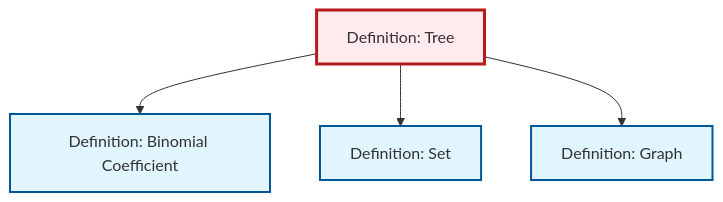
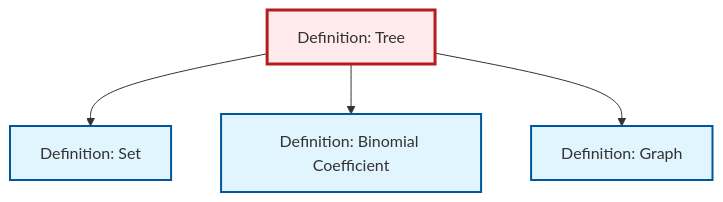
One commit to RK0429/ModernMath changed the diagram in content/en/combinatorics/def-tree.qmd. Above: the diagram before and after it, drawn with Mermaid. The commit also changed other lines of this file and 597 other files, not shown here.

````diff
--- a/content/en/combinatorics/def-tree.qmd
+++ b/content/en/combinatorics/def-tree.qmd
@@ -136,20 +136,20 @@
 ```{mermaid}
 %%| fig-cap: "Local dependency graph"
 graph TD
     classDef definition fill:#e1f5fe,stroke:#01579b,stroke-width:2px
     classDef theorem fill:#f3e5f5,stroke:#4a148c,stroke-width:2px
     classDef axiom fill:#fff3e0,stroke:#e65100,stroke-width:2px
     classDef example fill:#e8f5e9,stroke:#1b5e20,stroke-width:2px
     classDef current fill:#ffebee,stroke:#b71c1c,stroke-width:3px
     def-tree["Definition: Tree"]:::definition
+    def-set["Definition: Set"]:::definition
     def-graph["Definition: Graph"]:::definition
-    def-set["Definition: Set"]:::definition
     def-binomial-coefficient["Definition: Binomial Coefficient"]:::definition
+    def-tree --> def-set
     def-tree --> def-binomial-coefficient
-    def-tree --> def-set
     def-tree --> def-graph
     class def-tree current
+    click def-set "def-set.html" "Go to Set definition"
     click def-graph "def-graph.html" "Go to Graph definition"
-    click def-set "def-set.html" "Go to Set definition"
     click def-binomial-coefficient "def-binomial-coefficient.html" "Go to Binomial Coefficient definition"
 ```
````
